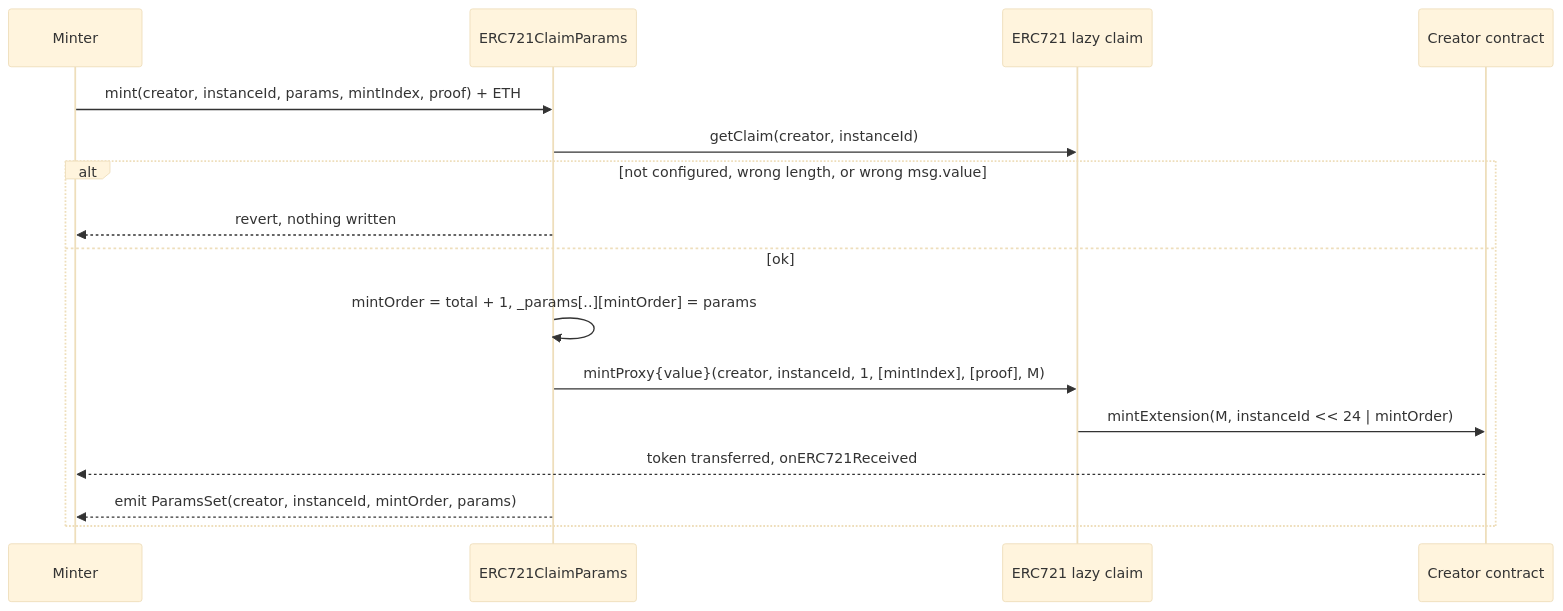
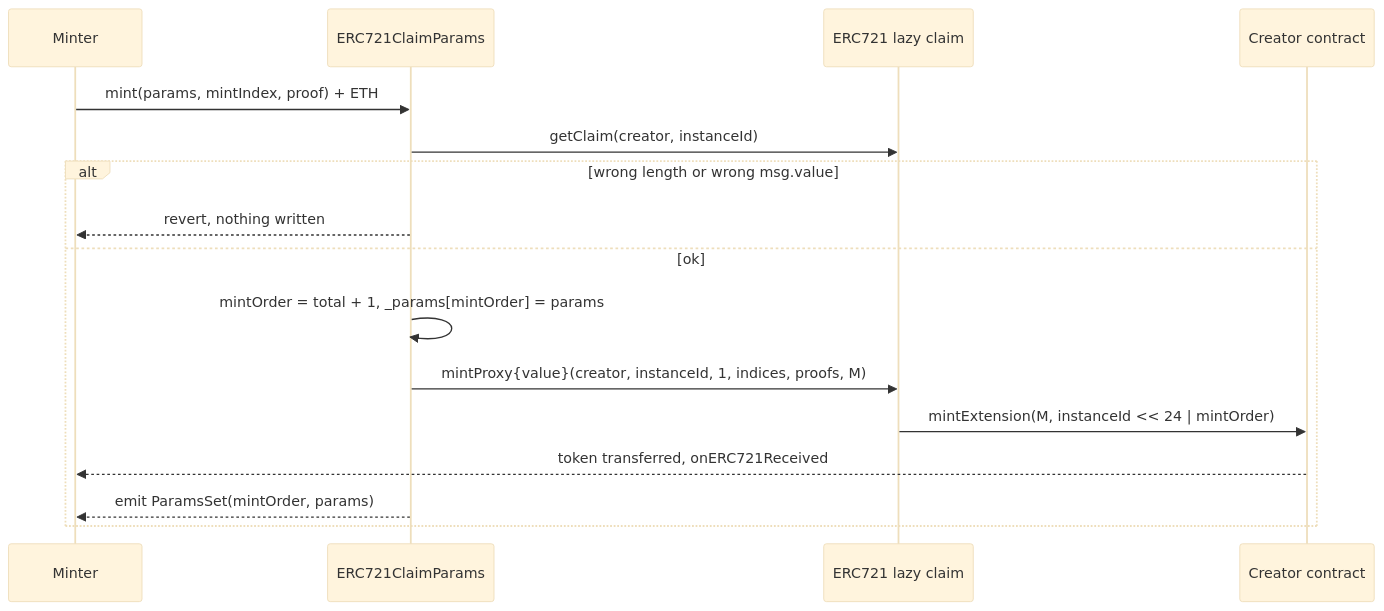
One commit to manifoldxyz/creator-core-extensions-solidity changed the second of 4 diagrams in packages/claimparams/SPEC.md. Above: the diagram before and after it, drawn with Mermaid (base theme). The commit also changed other lines of this file, not shown here.

````diff
--- a/packages/claimparams/SPEC.md
+++ b/packages/claimparams/SPEC.md
@@ -82,18 +80,18 @@
 ```mermaid
 sequenceDiagram
   participant M as Minter
   participant P as ERC721ClaimParams
   participant C as ERC721 lazy claim
   participant N as Creator contract
-  M->>P: mint(creator, instanceId, params, mintIndex, proof) + ETH
+  M->>P: mint(params, mintIndex, proof) + ETH
   P->>C: getClaim(creator, instanceId)
-  alt not configured, wrong length, or wrong msg.value
+  alt wrong length or wrong msg.value
     P-->>M: revert, nothing written
   else ok
-    P->>P: mintOrder = total + 1, _params[..][mintOrder] = params
-    P->>C: mintProxy{value}(creator, instanceId, 1, [mintIndex], [proof], M)
+    P->>P: mintOrder = total + 1, _params[mintOrder] = params
+    P->>C: mintProxy{value}(creator, instanceId, 1, indices, proofs, M)
     C->>N: mintExtension(M, instanceId << 24 | mintOrder)
     N-->>M: token transferred, onERC721Received
-    P-->>M: emit ParamsSet(creator, instanceId, mintOrder, params)
+    P-->>M: emit ParamsSet(mintOrder, params)
   end
 ```
````
